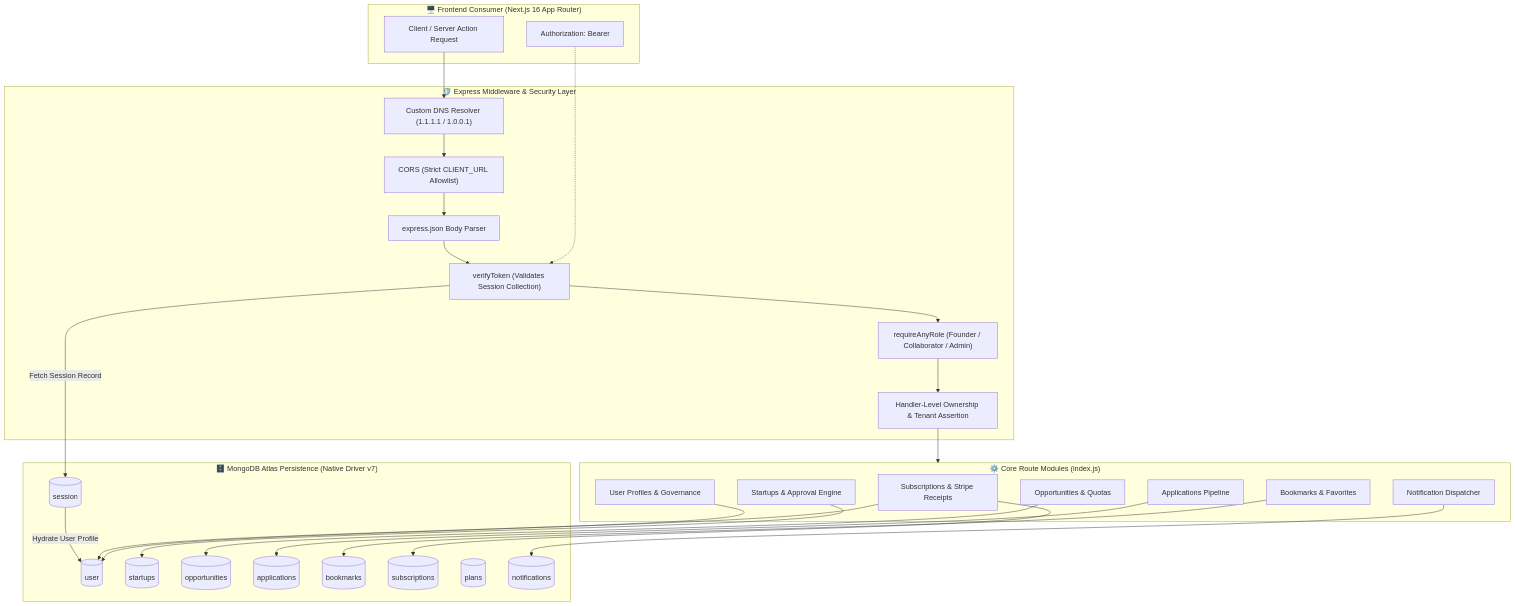
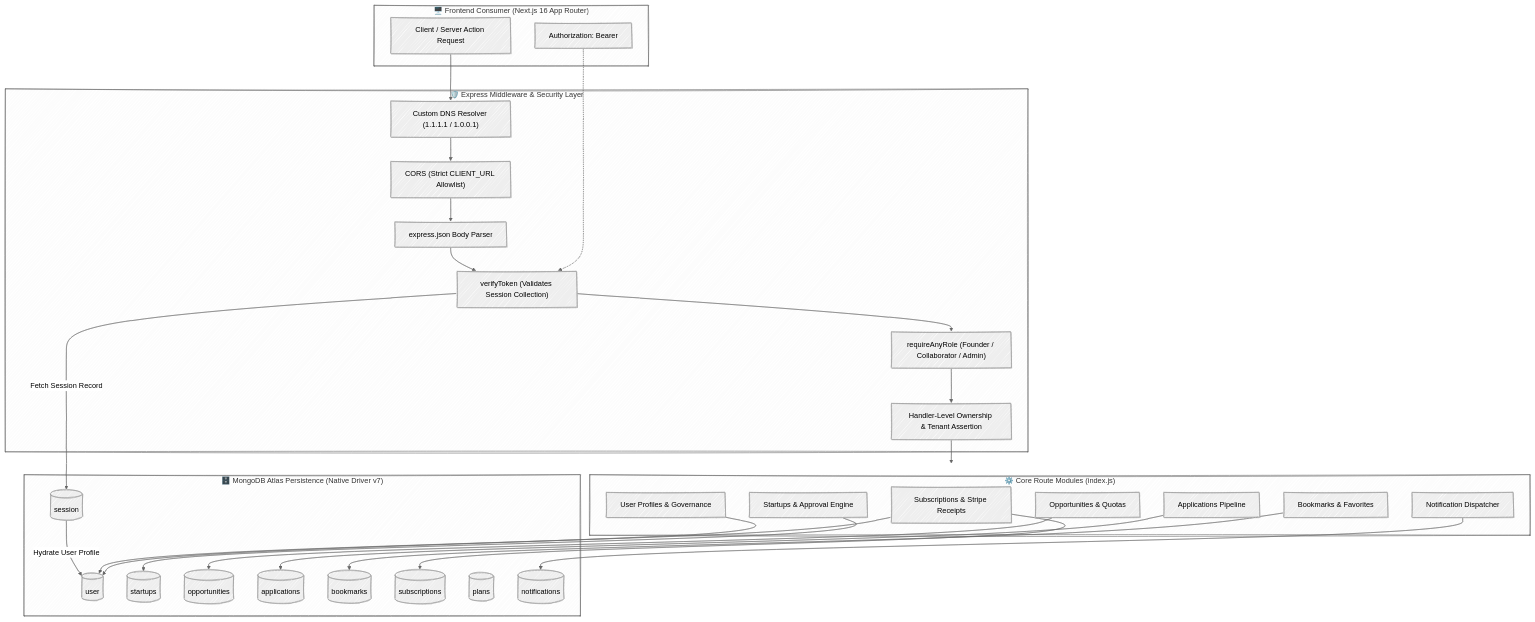
The diagram in README.md (takebul/startup-forge-server), drawn with Mermaid before and after one commit. The commit also changed other lines of this file, not shown here.

Commit message:
Enhance system architecture diagram with hand-drawn style and interactive tips

````diff
--- a/README.md
+++ b/README.md
@@ -111,58 +111,63 @@
 ```mermaid
+---
+config:
+  look: handDrawn
+  theme: neutral
+---
 flowchart TB
     subgraph ClientLayer["🖥️ Frontend Consumer (Next.js 16 App Router)"]
         ClientReq["Client / Server Action Request"]
         BearerToken["Authorization: Bearer <session_token>"]
     end
 
     subgraph MiddlewareStack["🛡️ Express Middleware & Security Layer"]
         DNS["Custom DNS Resolver (1.1.1.1 / 1.0.0.1)"]
         CORS["CORS (Strict CLIENT_URL Allowlist)"]
         Parser["express.json Body Parser"]
         TokenVerifier["verifyToken (Validates Session Collection)"]
         RoleGuard["requireAnyRole (Founder / Collaborator / Admin)"]
         IDORCheck["Handler-Level Ownership & Tenant Assertion"]
     end
 
     subgraph ServiceModules["⚙️ Core Route Modules (index.js)"]
         SubModule["Subscriptions & Stripe Receipts"]
         StartupModule["Startups & Approval Engine"]
         OppModule["Opportunities & Quotas"]
         AppModule["Applications Pipeline"]
         BookmarkModule["Bookmarks & Favorites"]
         UserModule["User Profiles & Governance"]
         NotifyModule["Notification Dispatcher"]
     end
 
     subgraph StorageLayer["🗄️ MongoDB Atlas Persistence (Native Driver v7)"]
         DBSessions[("session")]
         DBUsers[("user")]
         DBStartups[("startups")]
         DBOpportunities[("opportunities")]
         DBApplications[("applications")]
         DBBookmarks[("bookmarks")]
         DBSubscriptions[("subscriptions")]
         DBPlans[("plans")]
         DBNotifications[("notifications")]
     end
 
     ClientReq --> DNS
     DNS --> CORS
     CORS --> Parser
     Parser --> TokenVerifier
     BearerToken -.-> TokenVerifier
     TokenVerifier -->|Fetch Session Record| DBSessions
     DBSessions -->|Hydrate User Profile| DBUsers
     TokenVerifier --> RoleGuard
     RoleGuard --> IDORCheck
     IDORCheck --> ServiceModules
 
     SubModule --> DBSubscriptions
     SubModule --> DBUsers
     StartupModule --> DBStartups
     OppModule --> DBOpportunities
     AppModule --> DBApplications
     BookmarkModule --> DBBookmarks
     UserModule --> DBUsers
     NotifyModule --> DBNotifications
 ```
````
